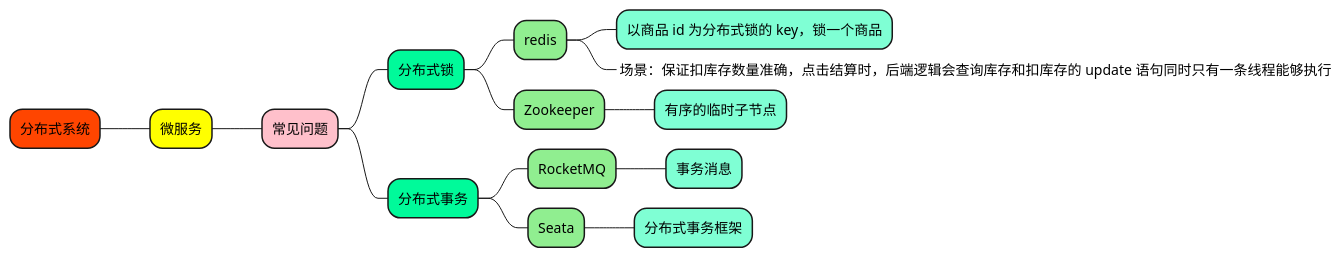
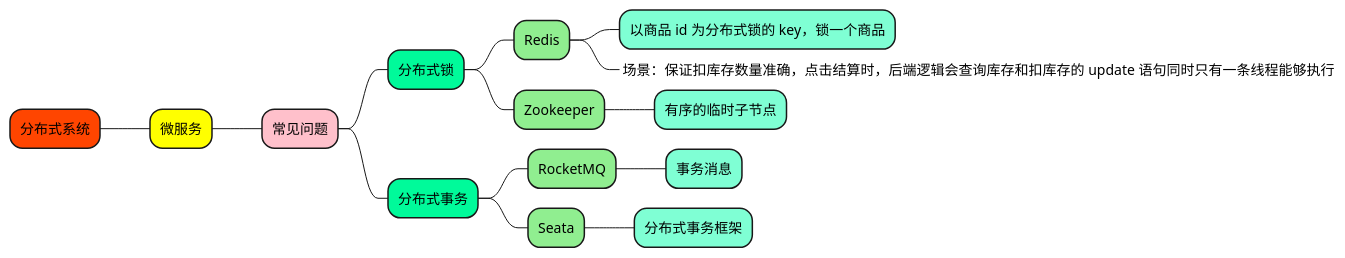
One commit to doveg/self-cultivation-of-a-software-engineer changed the diagram in 1_map/architecture/DistributedSystem_分布式系统.puml. Above: the diagram before and after it, drawn with PlantUML. The commit also changed 5 other files, not shown here.

```diff
--- a/1_map/architecture/DistributedSystem_分布式系统.puml
+++ b/1_map/architecture/DistributedSystem_分布式系统.puml
@@ -1,27 +1,27 @@
 @startmindmap
 
 +[#OrangeRed] 分布式系统
 
 ++[#yellow] 微服务
 
 +++[#Pink] 常见问题
 
 ++++[#MediumSpringGreen] 分布式锁
 
-+++++[#LightGreen] redis
++++++[#LightGreen] Redis
 ++++++[#Aquamarine] 以商品 id 为分布式锁的 key，锁一个商品
 ++++++[#Aquamarine]_ 场景：保证扣库存数量准确，点击结算时，后端逻辑会查询库存和扣库存的 update 语句同时只有一条线程能够执行
 
 +++++[#LightGreen] Zookeeper
 ++++++[#Aquamarine] 有序的临时子节点
 
 ++++[#MediumSpringGreen] 分布式事务
 +++++[#LightGreen] RocketMQ
 ++++++[#Aquamarine] 事务消息
 
 +++++[#LightGreen] Seata
 ++++++[#Aquamarine] 分布式事务框架
 
 
 
 @endmindmap
```
